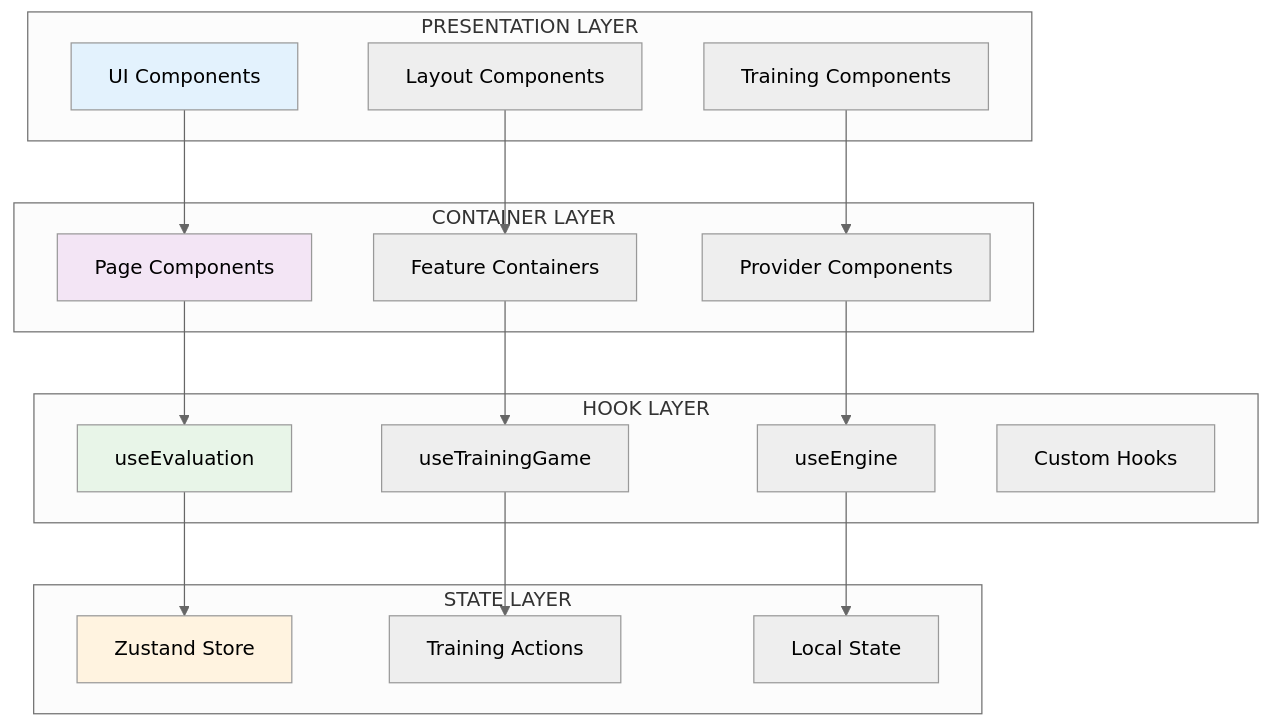
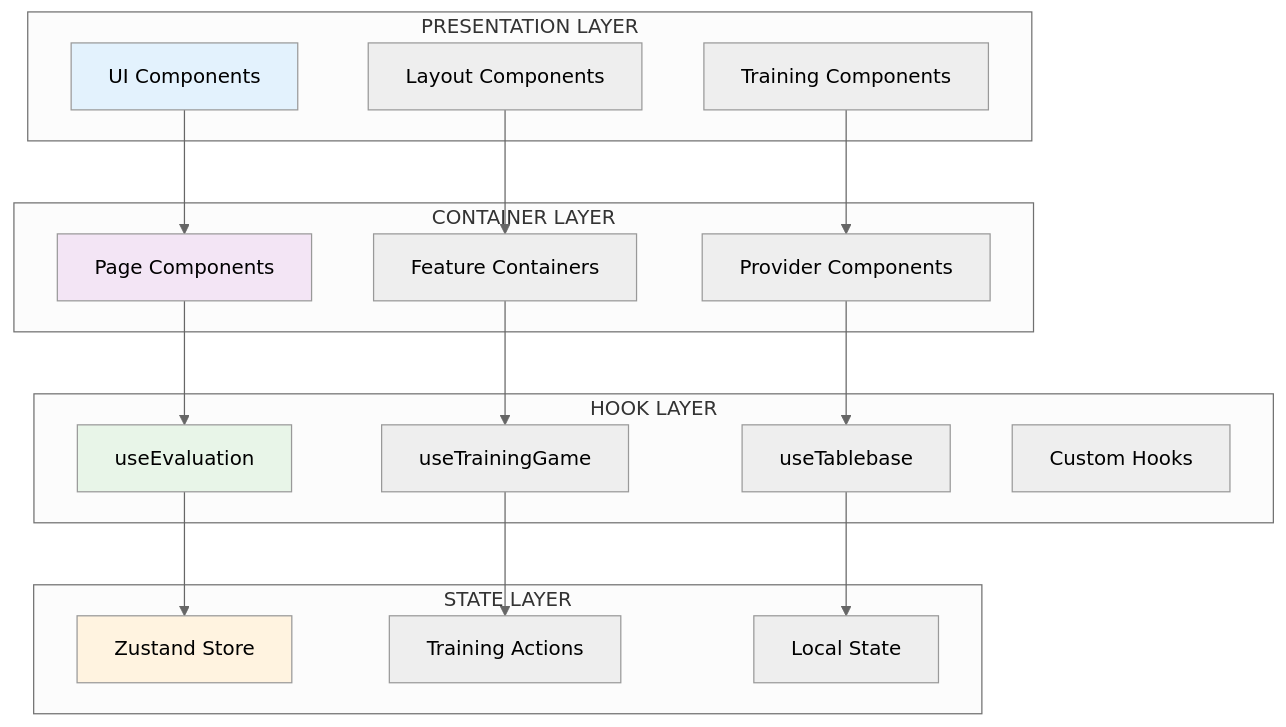
Before and after one commit to thehugegatsby/ChessEndgameTrainer: the diagram in docs/patterns/REACT_PATTERNS.md, drawn with Mermaid (neutral theme). The commit also changed other lines of this file and 7 other files, not shown here.

````diff
--- a/docs/patterns/REACT_PATTERNS.md
+++ b/docs/patterns/REACT_PATTERNS.md
@@ -11,42 +11,42 @@
 ```mermaid
 graph TB
     subgraph "PRESENTATION LAYER"
         A[UI Components]
         B[Layout Components]
         C[Training Components]
     end
-    
+
     subgraph "CONTAINER LAYER"
         D[Page Components]
         E[Feature Containers]
         F[Provider Components]
     end
-    
+
     subgraph "HOOK LAYER"
         G[useEvaluation]
         H[useTrainingGame]
-        I[useEngine]
+        I[useTablebase]
         J[Custom Hooks]
     end
-    
+
     subgraph "STATE LAYER"
         K[Zustand Store]
         L[Training Actions]
         M[Local State]
     end
-    
+
     A --> D
     B --> E
     C --> F
     D --> G
     E --> H
     F --> I
     G --> K
     H --> L
     I --> M
-    
+
     style A fill:#e3f2fd
     style D fill:#f3e5f5
     style G fill:#e8f5e8
     style K fill:#fff3e0
 ```
````
